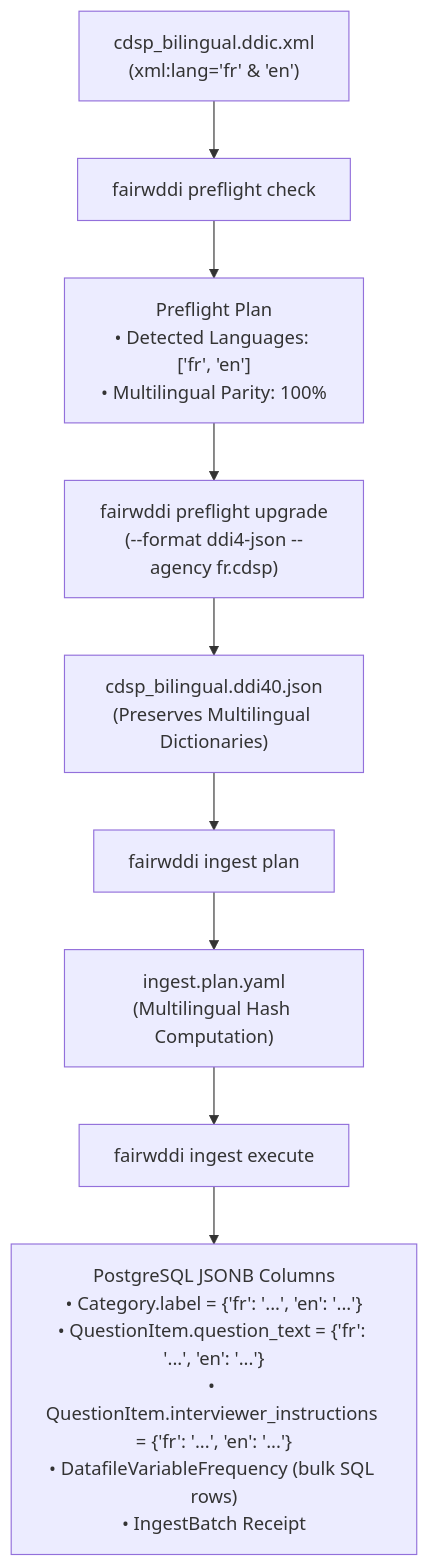
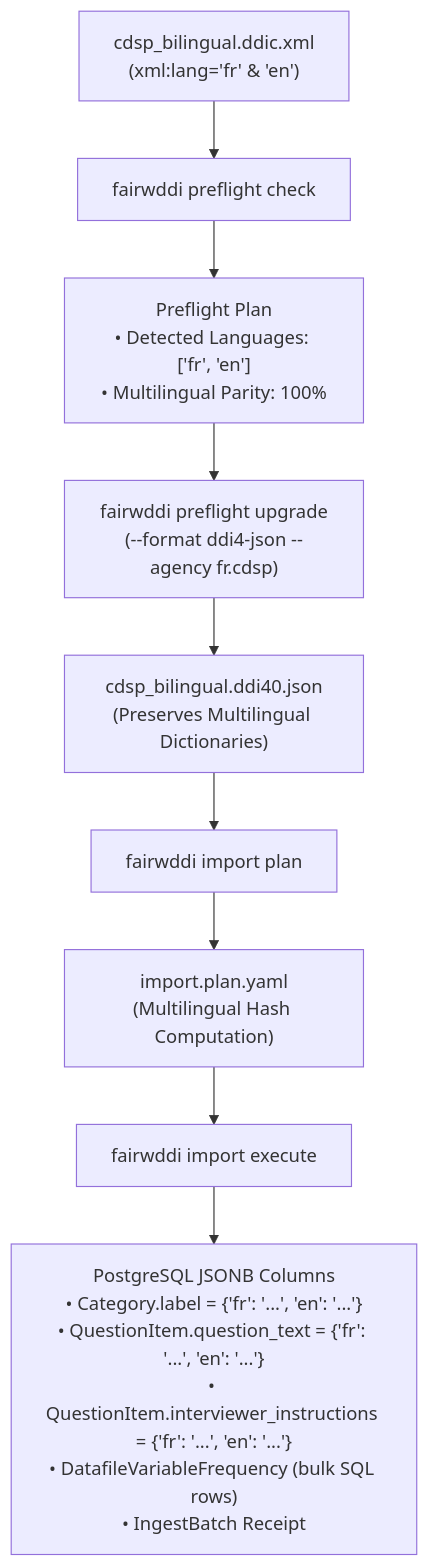
The second of 5 diagrams in deliverables/research/ingestion_workflows.md (PlgaH/fairwddi-wp3-3), drawn with Mermaid before and after one commit. The commit also changed other lines of this file and 163 other files, not shown here.

````diff
--- a/deliverables/research/ingestion_workflows.md
+++ b/deliverables/research/ingestion_workflows.md
@@ -269,11 +269,11 @@
 ```mermaid
 flowchart TD
     A["cdsp_bilingual.ddic.xml\n(xml:lang='fr' & 'en')"] --> B["fairwddi preflight check"]
     B --> C["Preflight Plan\n• Detected Languages: ['fr', 'en']\n• Multilingual Parity: 100%"]
     C --> D["fairwddi preflight upgrade\n(--format ddi4-json --agency fr.cdsp)"]
     D --> E["cdsp_bilingual.ddi40.json\n(Preserves Multilingual Dictionaries)"]
-    E --> F["fairwddi ingest plan"]
-    F --> G["ingest.plan.yaml\n(Multilingual Hash Computation)"]
-    G --> H["fairwddi ingest execute"]
+    E --> F["fairwddi import plan"]
+    F --> G["import.plan.yaml\n(Multilingual Hash Computation)"]
+    G --> H["fairwddi import execute"]
     H --> I["PostgreSQL JSONB Columns\n• Category.label = {'fr': '...', 'en': '...'}\n• QuestionItem.question_text = {'fr': '...', 'en': '...'}\n• QuestionItem.interviewer_instructions = {'fr': '...', 'en': '...'}\n• DatafileVariableFrequency (bulk SQL rows)\n• IngestBatch Receipt"]
 ```
````
